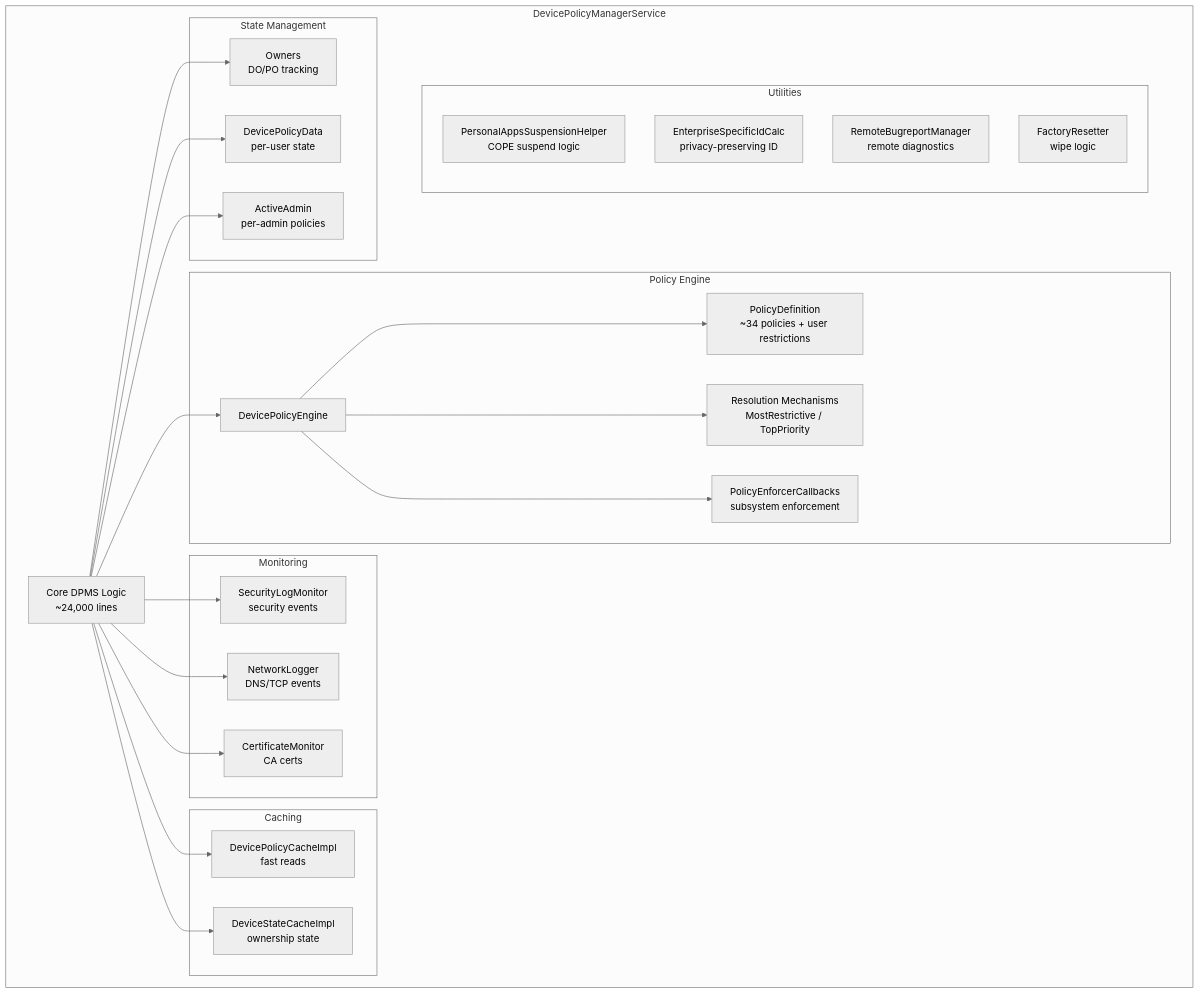
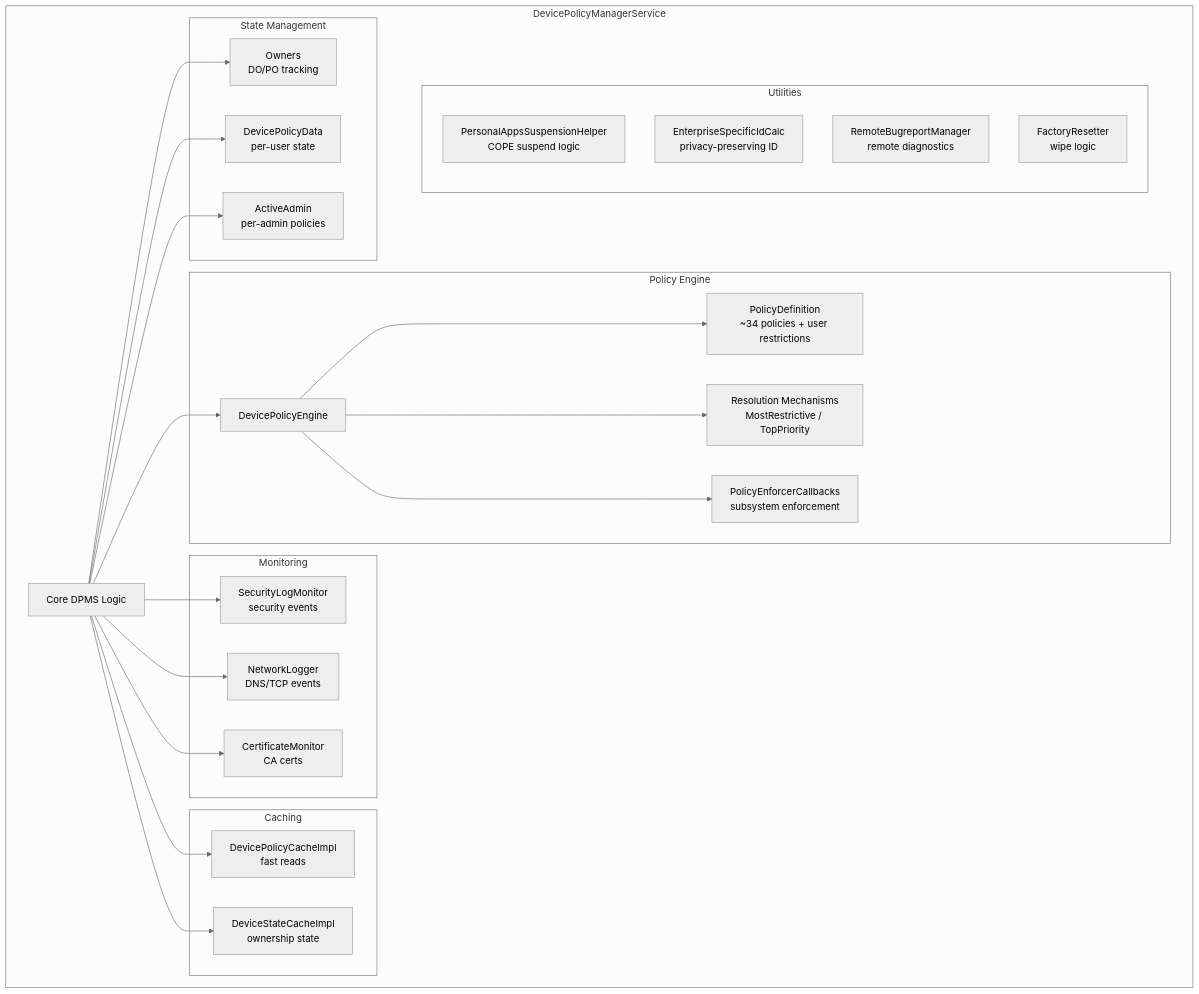
The fourth of 30 diagrams in 61-device-policy.md (aospbooks/aosp-internal-book), drawn with Mermaid (neutral theme) before and after one commit. The commit also changed other lines of this file and 144 other files, not shown here.

````diff
--- a/61-device-policy.md
+++ b/61-device-policy.md
@@ -379,50 +378,50 @@
 ```mermaid
 graph TB
     subgraph "DevicePolicyManagerService"
-        CORE["Core DPMS Logic<br/>~24,000 lines"]
+        CORE["Core DPMS Logic"]
 
         subgraph "State Management"
             OWNERS["Owners<br/>DO/PO tracking"]
             DPD["DevicePolicyData<br/>per-user state"]
             AA["ActiveAdmin<br/>per-admin policies"]
         end
 
         subgraph "Policy Engine"
             ENGINE[DevicePolicyEngine]
             PDEF["PolicyDefinition<br/>~34 policies + user restrictions"]
             RESOLVE["Resolution Mechanisms<br/>MostRestrictive / TopPriority"]
             ENFORCE["PolicyEnforcerCallbacks<br/>subsystem enforcement"]
         end
 
         subgraph "Monitoring"
             SECLOG["SecurityLogMonitor<br/>security events"]
             NETLOG["NetworkLogger<br/>DNS/TCP events"]
             CERTMON["CertificateMonitor<br/>CA certs"]
         end
 
         subgraph "Caching"
             DPCACHE["DevicePolicyCacheImpl<br/>fast reads"]
             DSCACHE["DeviceStateCacheImpl<br/>ownership state"]
         end
 
         subgraph "Utilities"
             PSH["PersonalAppsSuspensionHelper<br/>COPE suspend logic"]
             ESID["EnterpriseSpecificIdCalc<br/>privacy-preserving ID"]
             BUG["RemoteBugreportManager<br/>remote diagnostics"]
             FACT["FactoryResetter<br/>wipe logic"]
         end
     end
 
     CORE --> OWNERS
     CORE --> DPD
     CORE --> AA
     CORE --> ENGINE
     ENGINE --> PDEF
     ENGINE --> RESOLVE
     ENGINE --> ENFORCE
     CORE --> SECLOG
     CORE --> NETLOG
     CORE --> CERTMON
     CORE --> DPCACHE
     CORE --> DSCACHE
 ```
````
